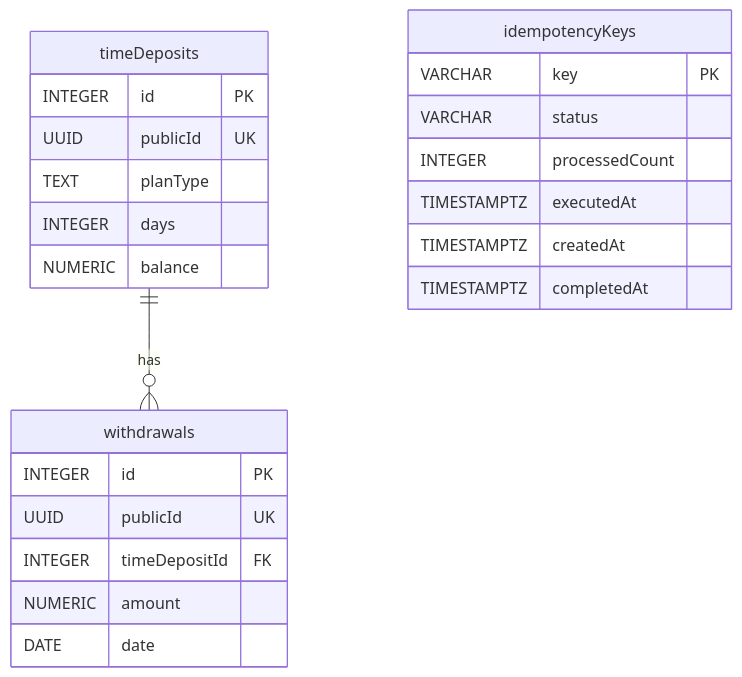
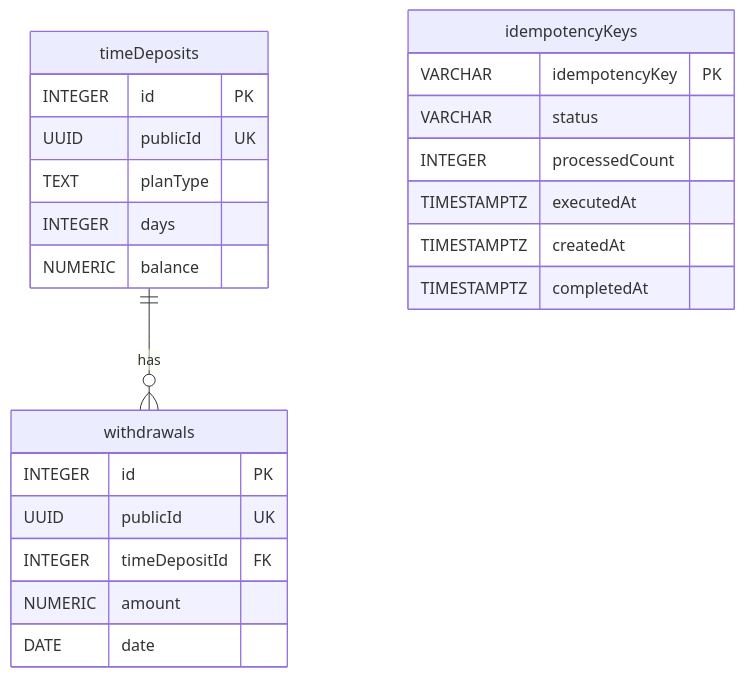
One commit to bh3x/time-deposit-kata changed the diagram in docs/adr/0006-data-model.md. Above: the diagram before and after it, drawn with Mermaid. The commit also changed other lines of this file, not shown here.

Commit message:
docs(adr): fix ADR-0006 seed bound and idempotency check

````diff
--- a/docs/adr/0006-data-model.md
+++ b/docs/adr/0006-data-model.md
@@ -47,26 +47,26 @@
 ```mermaid
 erDiagram
     timeDeposits ||--o{ withdrawals : "has"
     timeDeposits {
         INTEGER id PK
         UUID publicId UK
         TEXT planType
         INTEGER days
         NUMERIC balance
     }
     withdrawals {
         INTEGER id PK
         UUID publicId UK
         INTEGER timeDepositId FK
         NUMERIC amount
         DATE date
     }
     idempotencyKeys {
-        VARCHAR key PK
+        VARCHAR idempotencyKey PK
         VARCHAR status
         INTEGER processedCount
         TIMESTAMPTZ executedAt
         TIMESTAMPTZ createdAt
         TIMESTAMPTZ completedAt
     }
 ```
````
